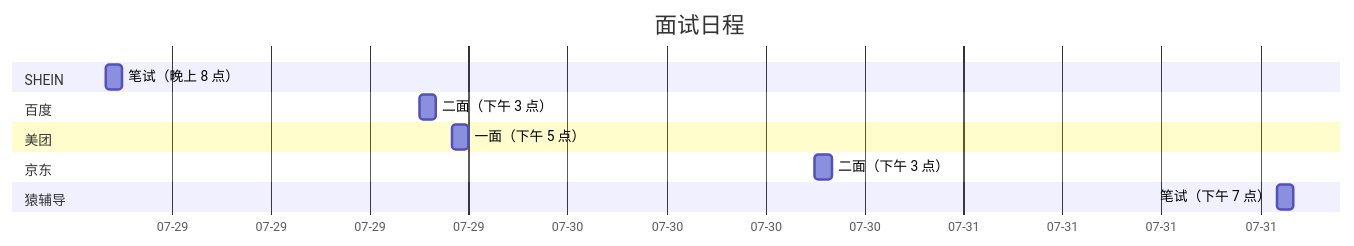
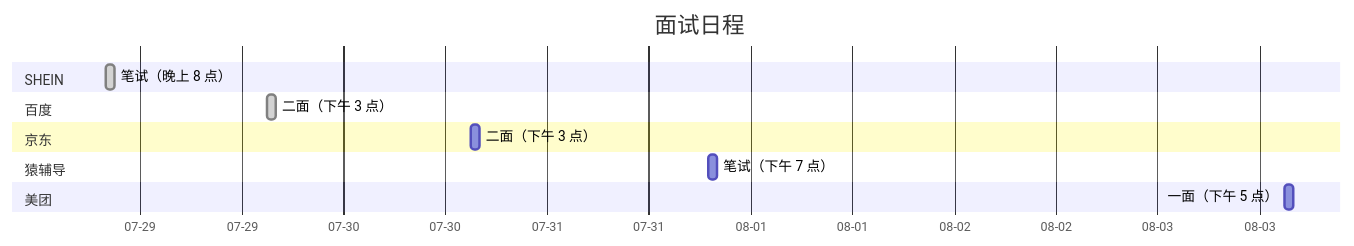
The diagram in calendar.mmd (AlertNull/interview-schedule), drawn with Mermaid before and after one commit.

Commit message:
feat: change schedule states

```diff
--- a/calendar.mmd
+++ b/calendar.mmd
@@ -1,14 +1,14 @@
 gantt
 		axisFormat  %m-%d
     title 面试日程
     dateFormat  YYYY-MM-DD-H
     section SHEIN
-    笔试（晚上 8 点）           :2021-07-28-20, 1h
+    笔试（晚上 8 点）:done, 2021-07-28-20, 1h
     section 百度
-    二面（下午 3 点）:2021-07-29-15, 1h
-    section 美团
-    一面（下午 5 点）:2021-07-29-17, 1h
+    二面（下午 3 点）:done, 2021-07-29-15, 1h
     section 京东
     二面（下午 3 点）: 2021-07-30-15, 1h
     section 猿辅导
     笔试（下午 7 点）: 2021-07-31-19, 1h
+    section 美团
+    一面（下午 5 点）:2021-08-03-15, 1h
```
